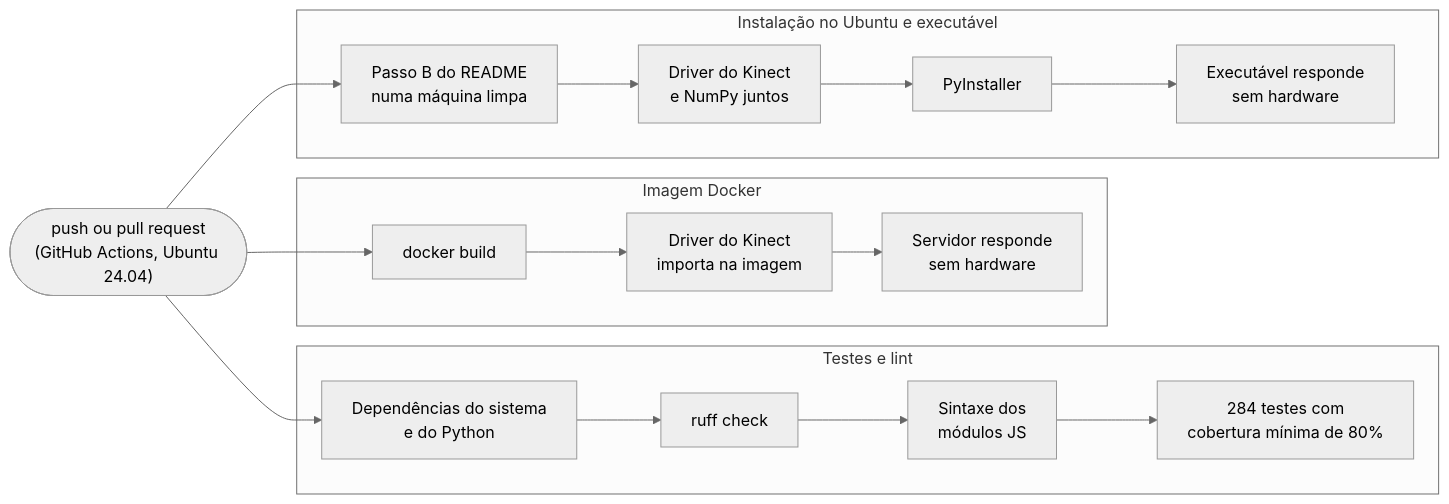
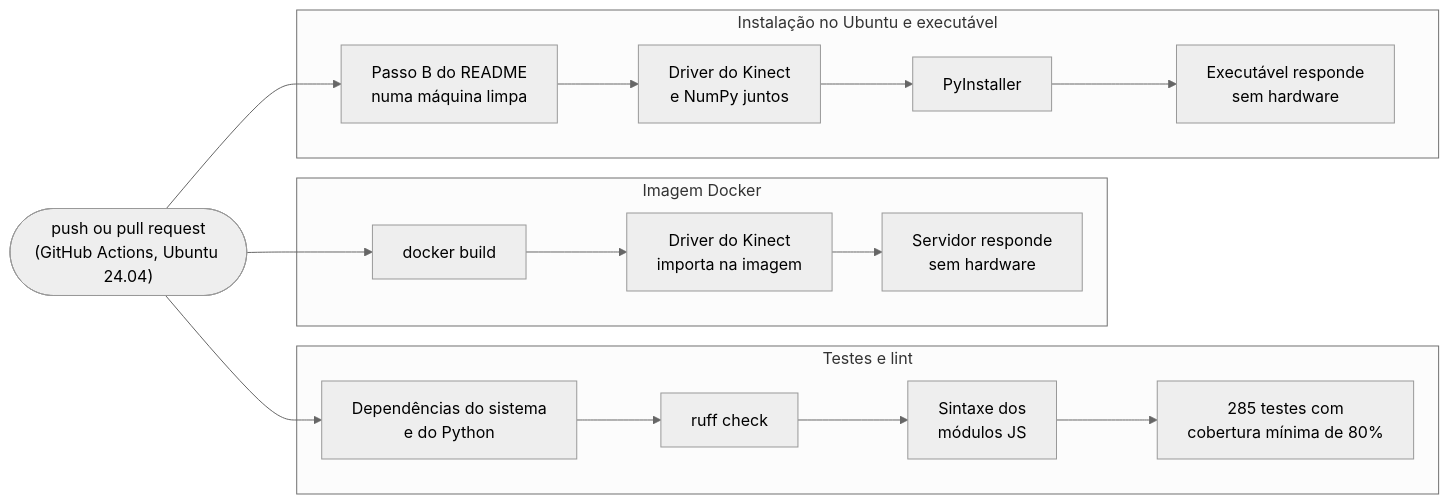
Diagram 20 of 22 in README.md (Kauan-V-Marques/AGV), drawn with Mermaid (neutral theme) before and after one commit. The commit also changed other lines of this file and 4 other files, not shown here.

````diff
--- a/README.md
+++ b/README.md
@@ -1480,15 +1480,15 @@
 ```mermaid
 flowchart LR
     subgraph T["Testes e lint"]
-        T1["Dependências do sistema<br/>e do Python"] --> T2["ruff check"] --> T3["Sintaxe dos<br/>módulos JS"] --> T4["284 testes com<br/>cobertura mínima de 80%"]
+        T1["Dependências do sistema<br/>e do Python"] --> T2["ruff check"] --> T3["Sintaxe dos<br/>módulos JS"] --> T4["285 testes com<br/>cobertura mínima de 80%"]
     end
     subgraph D["Imagem Docker"]
         D1["docker build"] --> D2["Driver do Kinect<br/>importa na imagem"] --> D3["Servidor responde<br/>sem hardware"]
     end
     subgraph E["Instalação no Ubuntu e executável"]
         E1["Passo B do README<br/>numa máquina limpa"] --> E2["Driver do Kinect<br/>e NumPy juntos"] --> E3["PyInstaller"] --> E4["Executável responde<br/>sem hardware"]
     end
     P(["push ou pull request<br/>(GitHub Actions, Ubuntu 24.04)"]) --> T1
     P --> D1
     P --> E1
 ```
````
